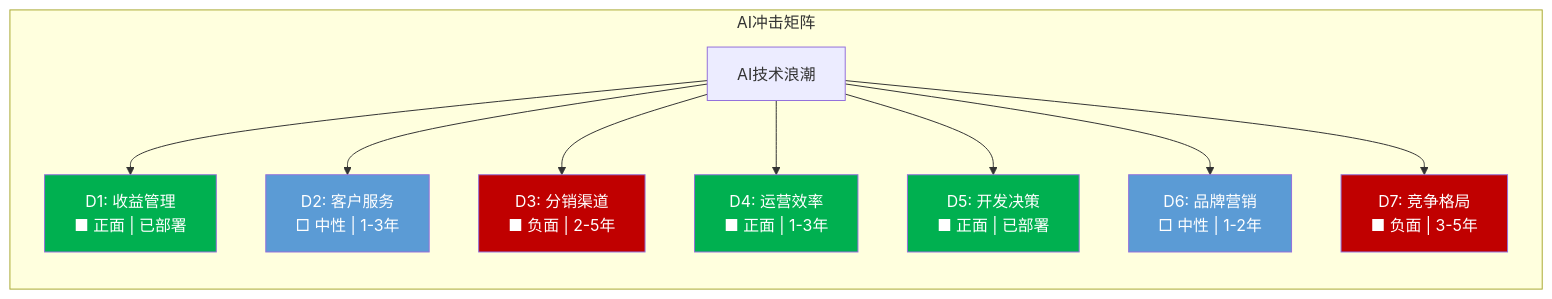
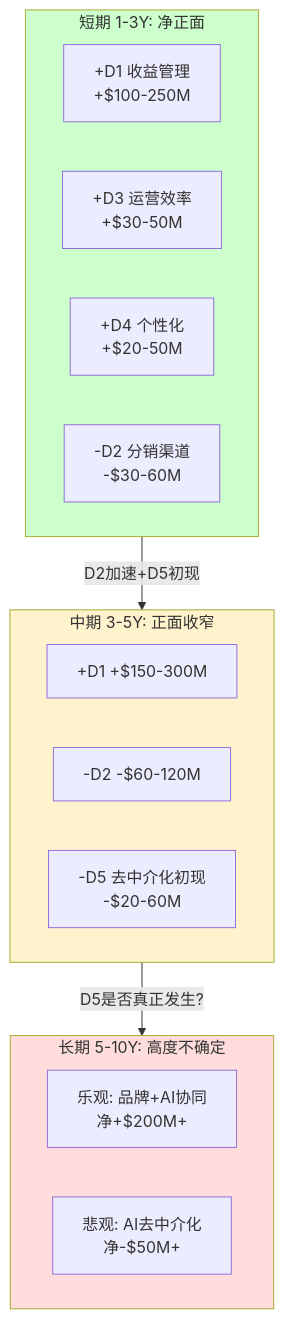
The fifth of 5 diagrams in staging/MAR_P3/MAR_P3_AgentB.md (miltonnewyork25-afk/investment-master), drawn with Mermaid before and after one commit. The commit also changed other lines of this file and 16 other files, not shown here.

````diff
--- a/staging/MAR_P3/MAR_P3_AgentB.md
+++ b/staging/MAR_P3/MAR_P3_AgentB.md
@@ -449,31 +623,27 @@
 ```mermaid
-graph TD
-    subgraph AI冲击矩阵
-        direction TB
-        AI["AI技术浪潮"]
-
-        D1["D1: 收益管理<br/>■ 正面 | 已部署"]
-        D2["D2: 客户服务<br/>□ 中性 | 1-3年"]
-        D3["D3: 分销渠道<br/>■ 负面 | 2-5年"]
-        D4["D4: 运营效率<br/>■ 正面 | 1-3年"]
-        D5["D5: 开发决策<br/>■ 正面 | 已部署"]
-        D6["D6: 品牌营销<br/>□ 中性 | 1-2年"]
-        D7["D7: 竞争格局<br/>■ 负面 | 3-5年"]
-
-        AI --> D1
-        AI --> D2
-        AI --> D3
-        AI --> D4
-        AI --> D5
-        AI --> D6
-        AI --> D7
+graph TB
+    subgraph SHORT["短期 1-3Y: 净正面"]
+        D1S["+D1 收益管理<br/>+$100-250M"]
+        D3S["+D3 运营效率<br/>+$30-50M"]
+        D4S["+D4 个性化<br/>+$20-50M"]
+        D2S["-D2 分销渠道<br/>-$30-60M"]
     end
 
-    style D1 fill:#00b050,color:#fff
-    style D2 fill:#5b9bd5,color:#fff
-    style D3 fill:#c00000,color:#fff
-    style D4 fill:#00b050,color:#fff
-    style D5 fill:#00b050,color:#fff
-    style D6 fill:#5b9bd5,color:#fff
-    style D7 fill:#c00000,color:#fff
+    subgraph MID["中期 3-5Y: 正面收窄"]
+        D1M["+D1 +$150-300M"]
+        D2M["-D2 -$60-120M"]
+        D5M["-D5 去中介化初现<br/>-$20-60M"]
+    end
+
+    subgraph LONG["长期 5-10Y: 高度不确定"]
+        GOOD["乐观: 品牌+AI协同<br/>净+$200M+"]
+        BAD["悲观: AI去中介化<br/>净-$50M+"]
+    end
+
+    SHORT -->|"D2加速+D5初现"| MID
+    MID -->|"D5是否真正发生?"| LONG
+
+    style SHORT fill:#ccffcc
+    style MID fill:#fff3cd
+    style LONG fill:#ffdddd
 ```
````
